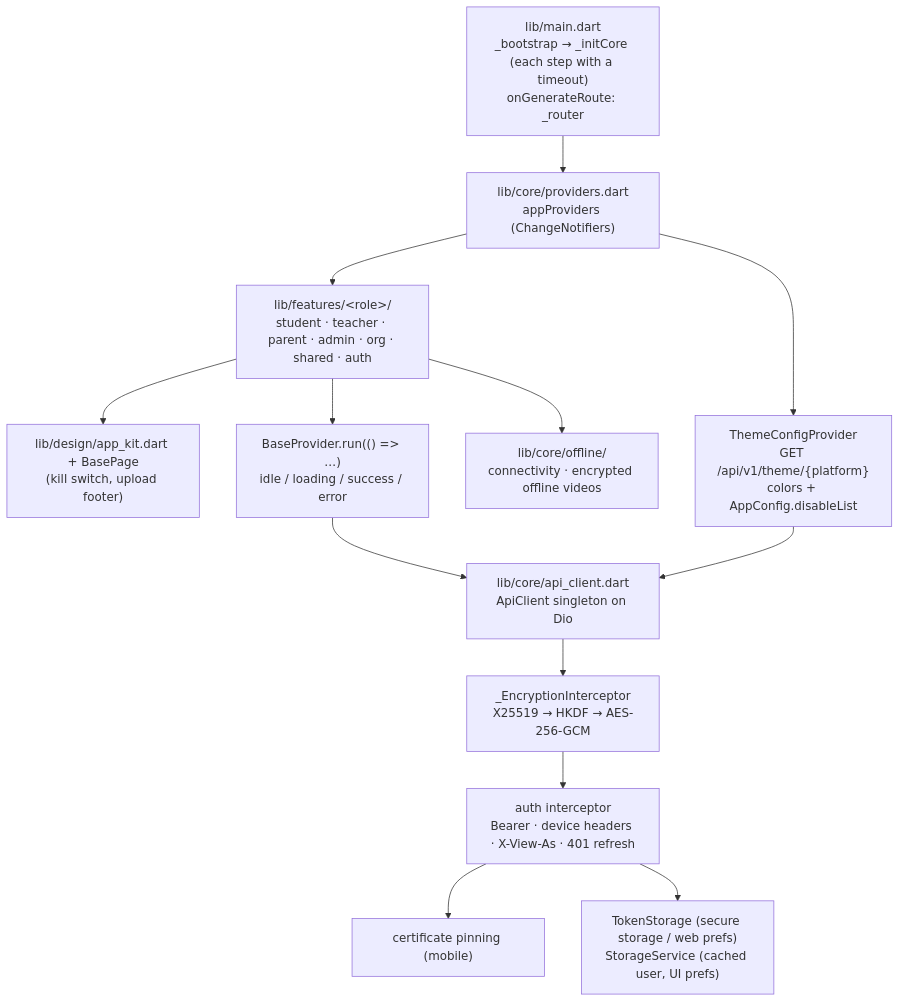
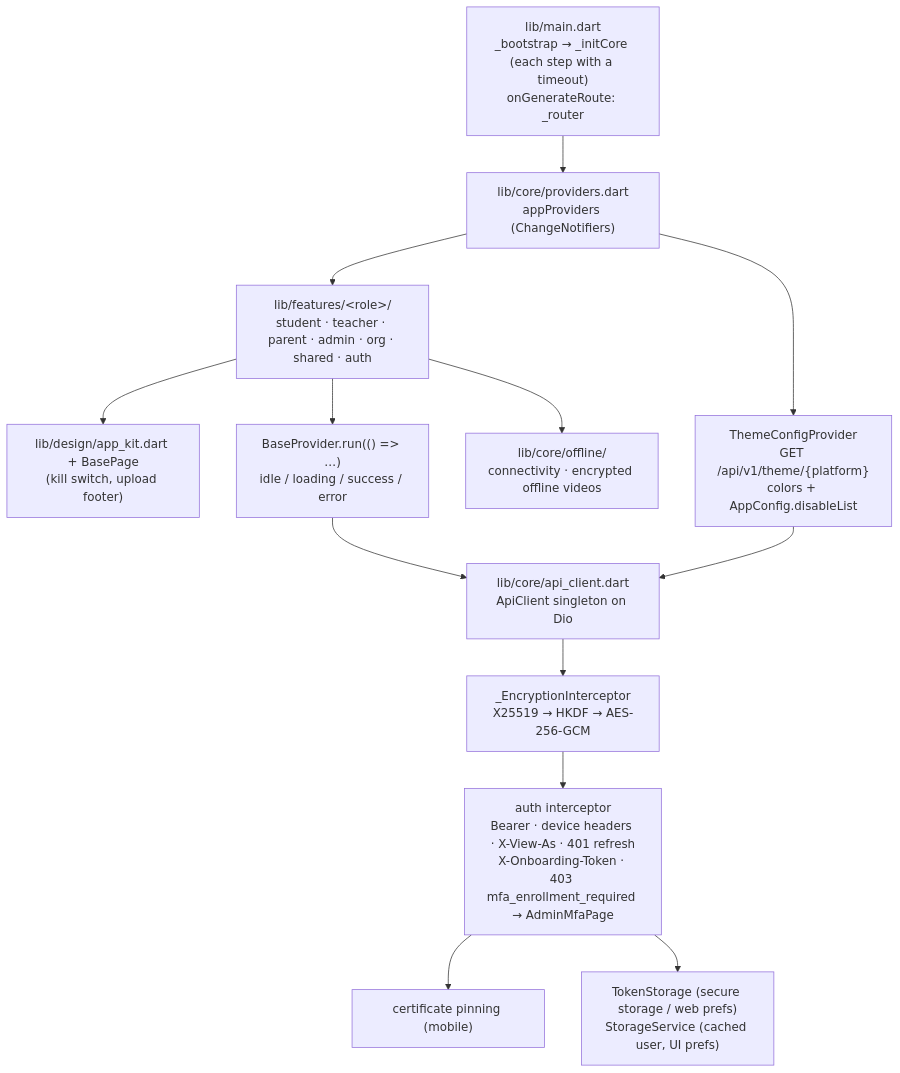
The second of 6 diagrams in docs/ARCHITECTURE.md (Amadkour/elfaheem-front), drawn with Mermaid before and after one commit. The commit also changed other lines of this file and 44 other files, not shown here.

````diff
--- a/docs/ARCHITECTURE.md
+++ b/docs/ARCHITECTURE.md
@@ -32,23 +34,23 @@
 ```mermaid
 flowchart TB
     main["lib/main.dart<br/>_bootstrap → _initCore (each step with a timeout)<br/>onGenerateRoute: _router"]
     providers["lib/core/providers.dart<br/>appProviders (ChangeNotifiers)"]
     features["lib/features/&lt;role&gt;/<br/>student · teacher · parent · admin · org · shared · auth"]
     kit["lib/design/app_kit.dart + BasePage<br/>(kill switch, upload footer)"]
     base["BaseProvider.run(() => …)<br/>idle / loading / success / error"]
     api["lib/core/api_client.dart<br/>ApiClient singleton on Dio"]
     enc["_EncryptionInterceptor<br/>X25519 → HKDF → AES-256-GCM"]
-    auth["auth interceptor<br/>Bearer · device headers · X-View-As · 401 refresh"]
+    auth["auth interceptor<br/>Bearer · device headers · X-View-As · 401 refresh<br/>X-Onboarding-Token · 403 mfa_enrollment_required → AdminMfaPage"]
     pin["certificate pinning (mobile)"]
     store["TokenStorage (secure storage / web prefs)<br/>StorageService (cached user, UI prefs)"]
     offline["lib/core/offline/<br/>connectivity · encrypted offline videos"]
     theme["ThemeConfigProvider<br/>GET /api/v1/theme/{platform}<br/>colors + AppConfig.disableList"]
 
     main --> providers --> features
     features --> kit
     features --> base --> api
     api --> enc --> auth --> pin
     auth --> store
     features --> offline
     providers --> theme --> api
 ```
````
